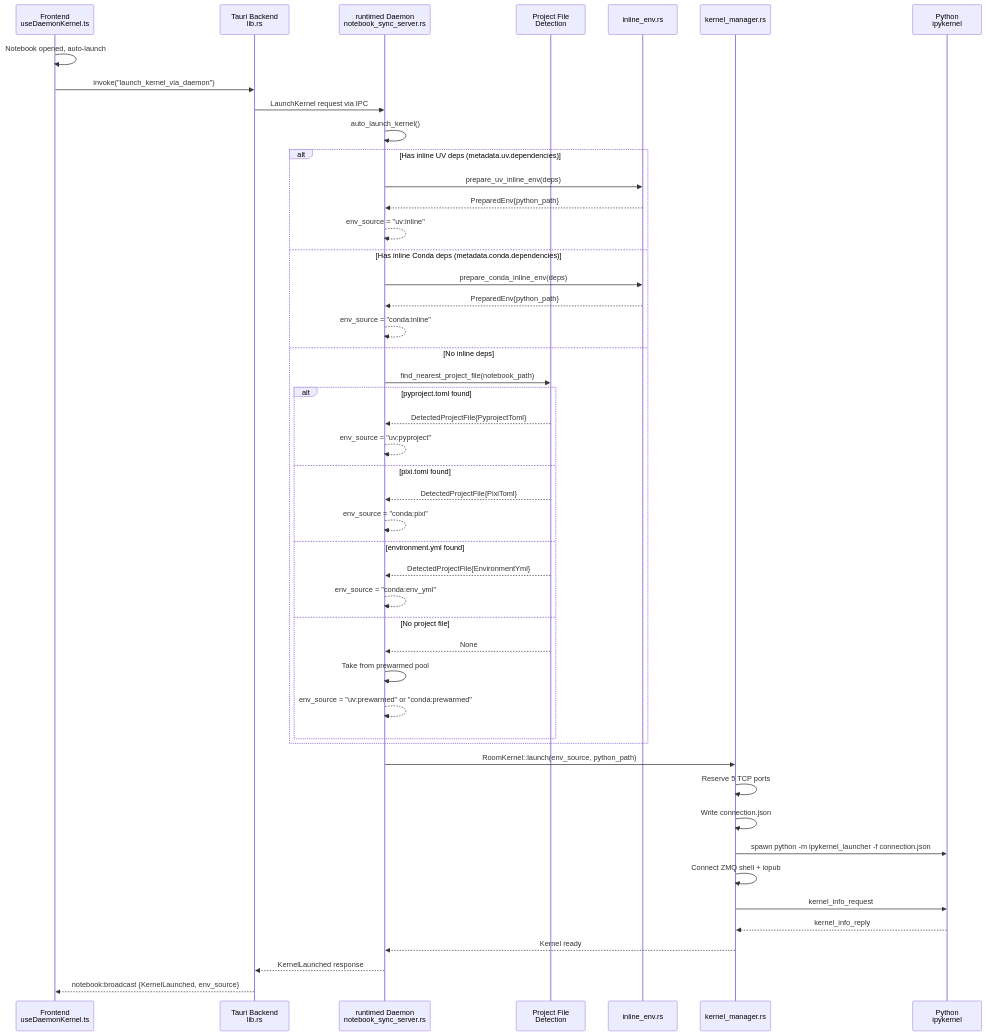
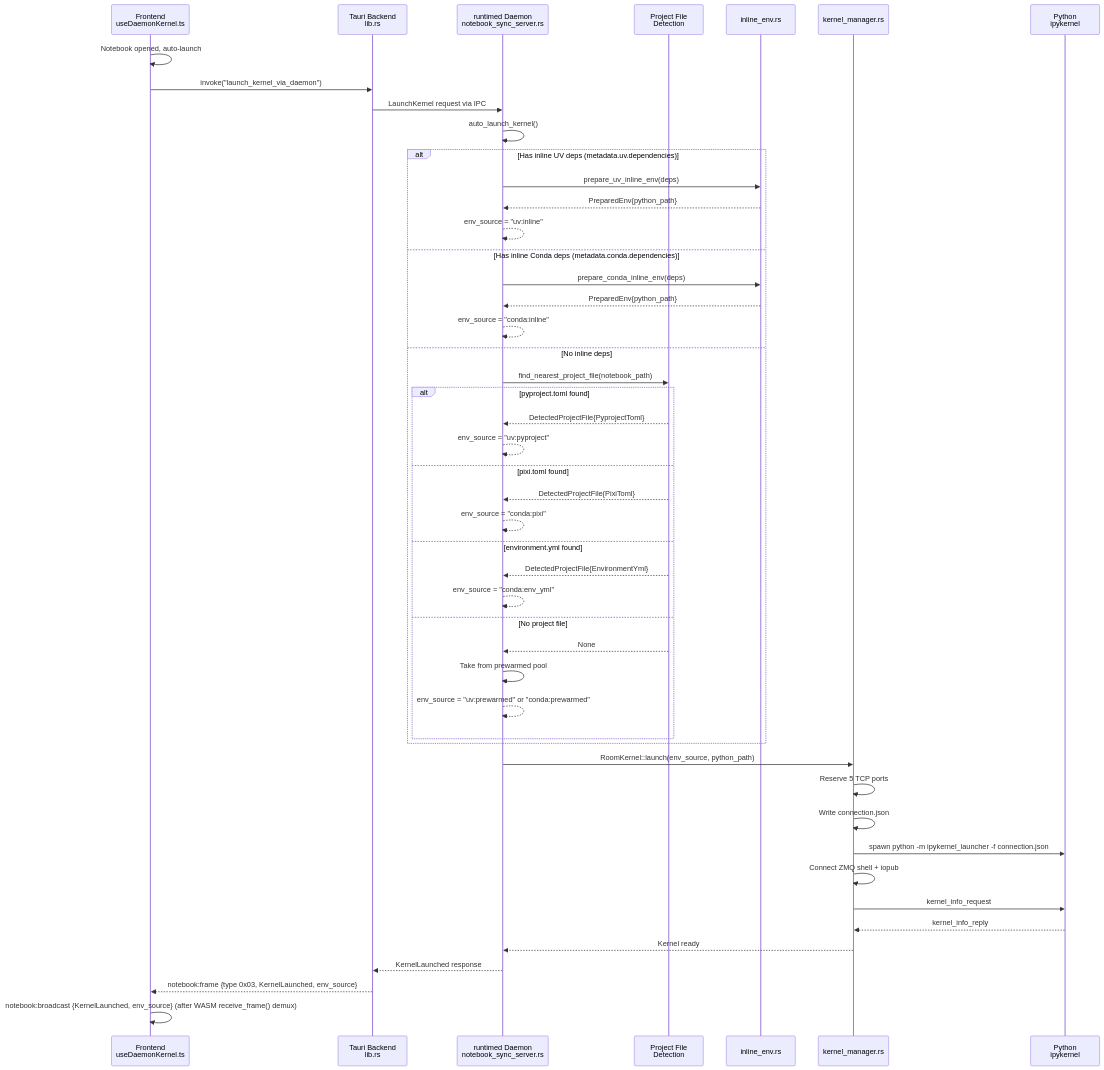
Before and after one commit to nteract/desktop: the second of 3 diagrams in contributing/environments.md, drawn with Mermaid. The commit also changed other lines of this file and 3 other files, not shown here.

````diff
--- a/contributing/environments.md
+++ b/contributing/environments.md
@@ -161,54 +161,55 @@
 ```mermaid
 sequenceDiagram
     participant FE as Frontend<br/>useDaemonKernel.ts
     participant TC as Tauri Backend<br/>lib.rs
     participant DM as runtimed Daemon<br/>notebook_sync_server.rs
     participant PF as Project File<br/>Detection
     participant IE as inline_env.rs
     participant KM as kernel_manager.rs
     participant PY as Python<br/>ipykernel
 
     FE->>FE: Notebook opened, auto-launch
     FE->>TC: invoke("launch_kernel_via_daemon")
     TC->>DM: LaunchKernel request via IPC
 
     DM->>DM: auto_launch_kernel()
 
     alt Has inline UV deps (metadata.uv.dependencies)
         DM->>IE: prepare_uv_inline_env(deps)
         IE-->>DM: PreparedEnv{python_path}
         DM-->>DM: env_source = "uv:inline"
     else Has inline Conda deps (metadata.conda.dependencies)
         DM->>IE: prepare_conda_inline_env(deps)
         IE-->>DM: PreparedEnv{python_path}
         DM-->>DM: env_source = "conda:inline"
     else No inline deps
         DM->>PF: find_nearest_project_file(notebook_path)
         alt pyproject.toml found
             PF-->>DM: DetectedProjectFile{PyprojectToml}
             DM-->>DM: env_source = "uv:pyproject"
         else pixi.toml found
             PF-->>DM: DetectedProjectFile{PixiToml}
             DM-->>DM: env_source = "conda:pixi"
         else environment.yml found
             PF-->>DM: DetectedProjectFile{EnvironmentYml}
             DM-->>DM: env_source = "conda:env_yml"
         else No project file
             PF-->>DM: None
             DM->>DM: Take from prewarmed pool
             DM-->>DM: env_source = "uv:prewarmed" or "conda:prewarmed"
         end
     end
 
     DM->>KM: RoomKernel::launch(env_source, python_path)
     KM->>KM: Reserve 5 TCP ports
     KM->>KM: Write connection.json
     KM->>PY: spawn python -m ipykernel_launcher -f connection.json
     KM->>KM: Connect ZMQ shell + iopub
     KM->>PY: kernel_info_request
     PY-->>KM: kernel_info_reply
     KM-->>DM: Kernel ready
 
     DM-->>TC: KernelLaunched response
-    TC-->>FE: notebook:broadcast {KernelLaunched, env_source}
+    TC-->>FE: notebook:frame {type 0x03, KernelLaunched, env_source}
+    FE->>FE: notebook:broadcast {KernelLaunched, env_source} (after WASM receive_frame() demux)
 ```
````
